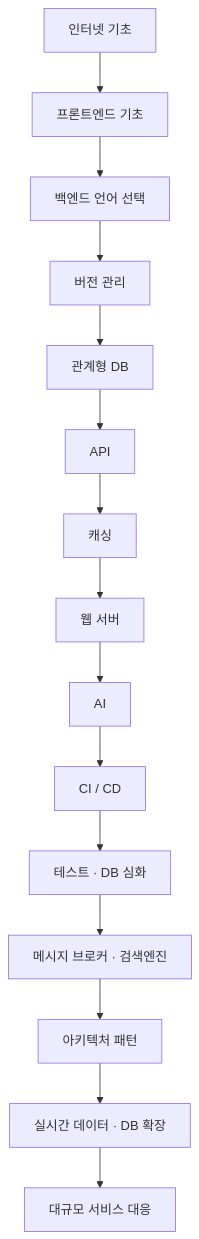
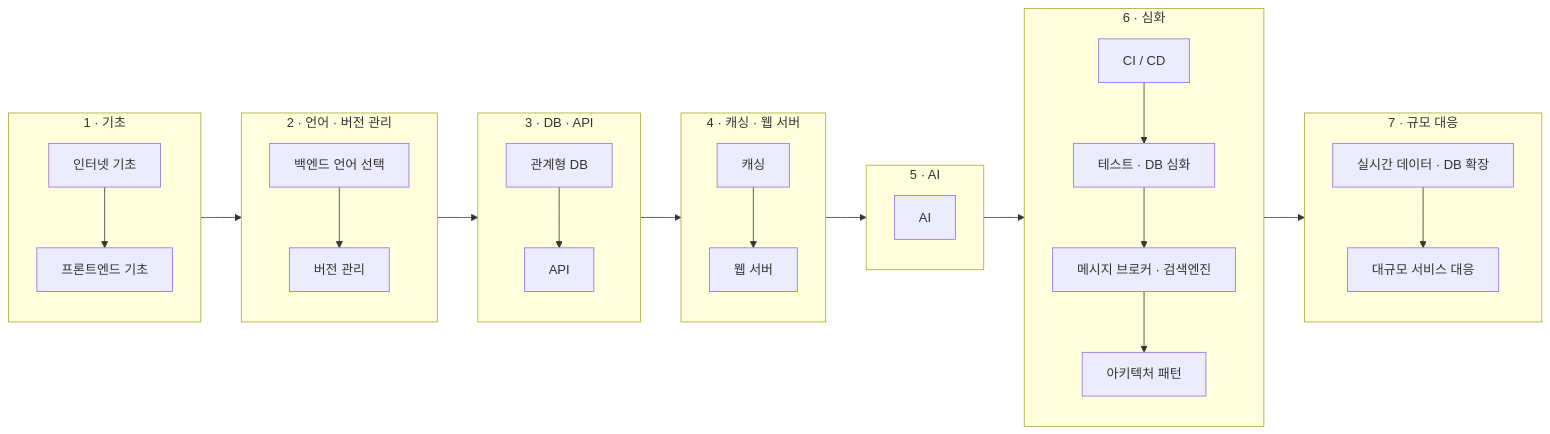
One commit to dmstjd1024/dmstjd1024.github.io changed the first of 9 diagrams in _pages/Develop/backend-roadmap-2026.md. Above: the diagram before and after it, drawn with Mermaid. The commit also changed other lines of this file, not shown here.

Commit message:
docs: 제목 정리, 전체 흐름 가로 배치, 문체 건조하게
- 제목에서 "— 전체 구조 한눈에 보기" 제거
- "로드맵의 색은 장식이 아니라 분류다" 문장 제거, 표로 바로 진입
- 전체 흐름을 세로 1열(15개)에서 7단계 가로 배치로 변경.
  234x1526 의 좁고 긴 그림이라 훑기 불편했다 → 792x225
- 구어체·감상 표현을 서술형으로 교체
  ("눈에 띈다", "지도에 가깝다", "생각한다" 등)

````diff
--- a/_pages/Develop/backend-roadmap-2026.md
+++ b/_pages/Develop/backend-roadmap-2026.md
@@ -35,17 +32,42 @@
 ```mermaid
-flowchart TD
-    A[인터넷 기초] --> B[프론트엔드 기초]
-    B --> C[백엔드 언어 선택]
-    C --> D[버전 관리]
-    D --> E[관계형 DB]
-    E --> F[API]
-    F --> G[캐싱]
-    G --> H[웹 서버]
-    H --> I[AI]
-    I --> J[CI / CD]
-    J --> K[테스트 · DB 심화]
-    K --> L[메시지 브로커 · 검색엔진]
-    L --> M[아키텍처 패턴]
-    M --> N[실시간 데이터 · DB 확장]
-    N --> O[대규모 서비스 대응]
+flowchart LR
+    subgraph S1["1 · 기초"]
+        direction TB
+        A[인터넷 기초] --> B[프론트엔드 기초]
+    end
+
+    subgraph S2["2 · 언어 · 버전 관리"]
+        direction TB
+        C[백엔드 언어 선택] --> D[버전 관리]
+    end
+
+    subgraph S3["3 · DB · API"]
+        direction TB
+        E[관계형 DB] --> F[API]
+    end
+
+    subgraph S4["4 · 캐싱 · 웹 서버"]
+        direction TB
+        G[캐싱] --> H[웹 서버]
+    end
+
+    subgraph S5["5 · AI"]
+        direction TB
+        I[AI]
+    end
+
+    subgraph S6["6 · 심화"]
+        direction TB
+        J[CI / CD] --> K[테스트 · DB 심화]
+        K --> L[메시지 브로커 · 검색엔진]
+        L --> M[아키텍처 패턴]
+    end
+
+    subgraph S7["7 · 규모 대응"]
+        direction TB
+        N[실시간 데이터 · DB 확장] --> O[대규모 서비스 대응]
+    end
+
+    S1 --> S2 --> S3 --> S4
+    S4 --> S5 --> S6 --> S7
 ```
````
